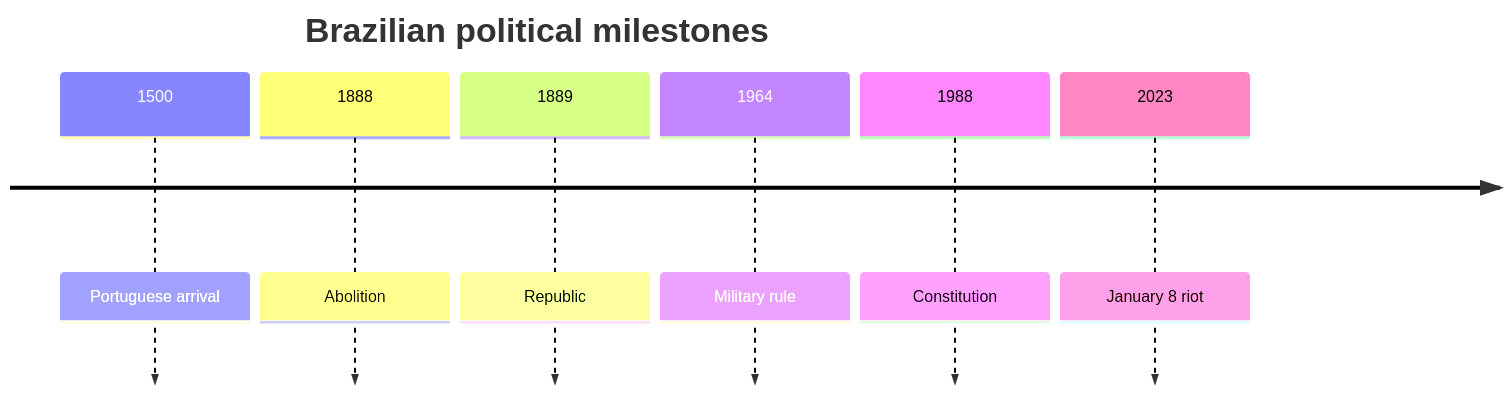
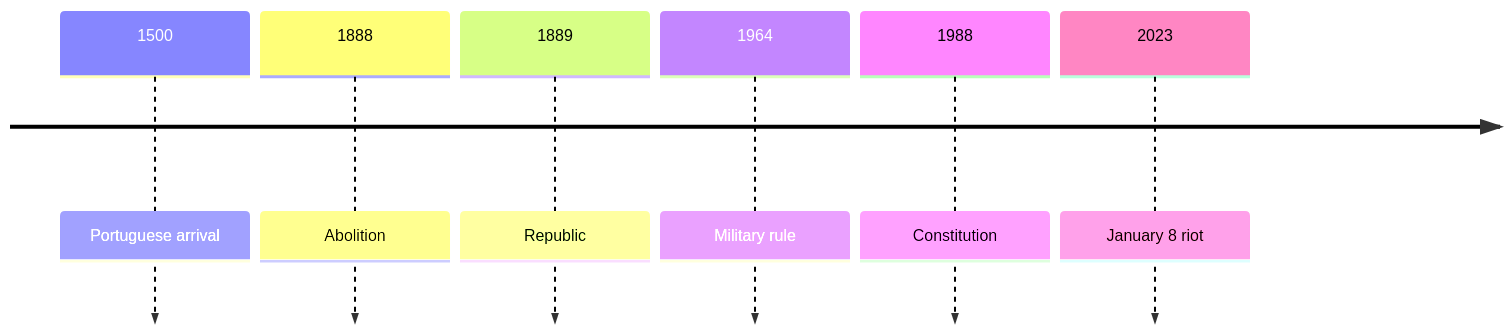
The second of 4 diagrams in articles/report/brazil-geopolitical-profile/en/index.mdx (daylight55/research), drawn with Mermaid before and after one commit. The commit also changed other lines of this file and 181 other files, not shown here.

First line of the commit message:
全記事の図解368点を再生成し、共通注意書きを削除 (#402)

````diff
--- a/articles/report/brazil-geopolitical-profile/en/index.mdx
+++ b/articles/report/brazil-geopolitical-profile/en/index.mdx
@@ -47,10 +53,13 @@
 ```mermaid
 timeline
-  title Brazilian political milestones
+  accTitle: Milestones in Brazil's state formation and democracy
+  accDescr: The chronology links colonization, abolition, republican rule, military government, constitutional democracy and attacks on its institutions.
+  accTitle: Milestones in Brazil's state formation and democracy
+  accDescr: The chronology links colonization, abolition, republican rule, military government, constitutional democracy and attacks on its institutions.
   1500 : Portuguese arrival
   1888 : Abolition
   1889 : Republic
   1964 : Military rule
   1988 : Constitution
   2023 : January 8 riot
 ```
````
